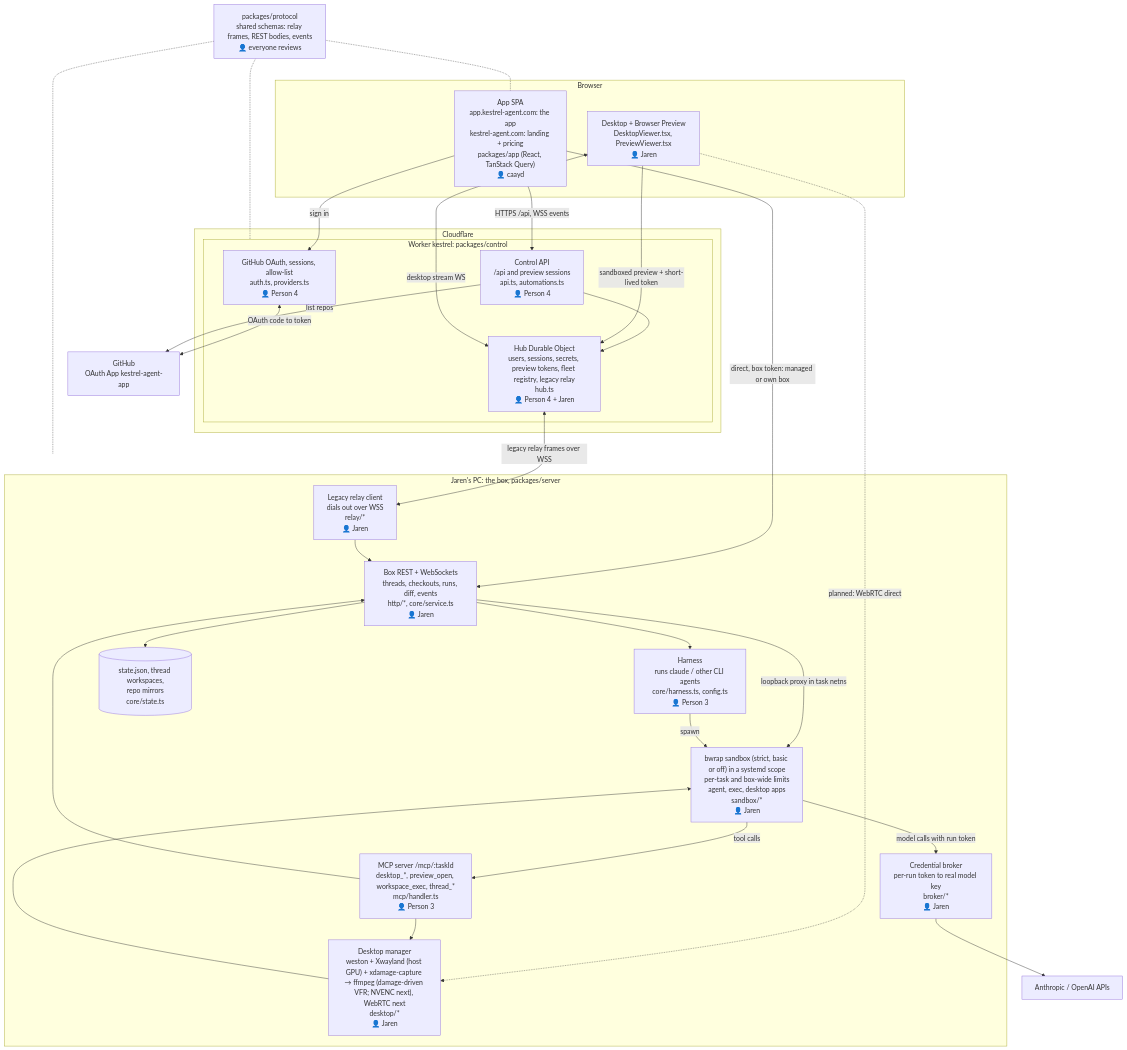
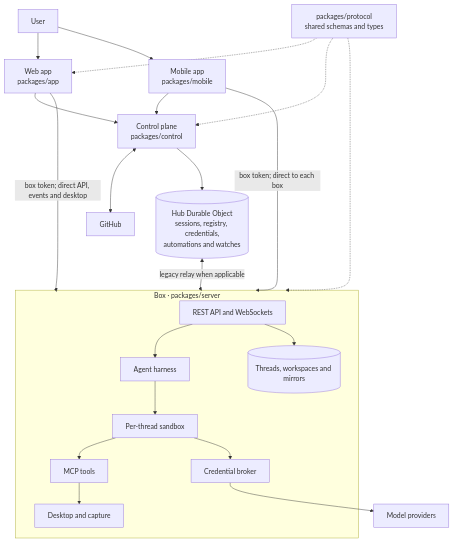
Before and after one commit to StinkyCat0/kestrel: the diagram in docs/architecture.md, drawn with Mermaid. The commit also changed other lines of this file and 2 other files, not shown here.

Commit message:
Make the architecture doc a product reference (#158)
* docs: make architecture a product reference

* Update architecture for merged box and Nest work

````diff
--- a/docs/architecture.md
+++ b/docs/architecture.md
@@ -5,57 +9,30 @@
 ```mermaid
 flowchart TB
-  subgraph Browser["Browser"]
-    APP["App SPA<br/>app.kestrel-agent.com: the app<br/>kestrel-agent.com: landing + pricing<br/>packages/app (React, TanStack Query)<br/>👤 caayd"]
-    VIEW["Desktop + Browser Preview<br/>DesktopViewer.tsx, PreviewViewer.tsx<br/>👤 Jaren"]
+  U["User"] --> WEB["Web app<br/>packages/app"]
+  U --> MOBILE["Mobile app<br/>packages/mobile"]
+  WEB --> CTRL["Control plane<br/>packages/control"]
+  MOBILE --> CTRL
+  CTRL <--> GH["GitHub"]
+  CTRL --> HUB[("Hub Durable Object<br/>sessions, registry, credentials,<br/>automations and watches")]
+  WEB -->|"box token; direct API, events and desktop"| BOX
+  MOBILE -->|"box token; direct to each box"| BOX
+  HUB <-->|"legacy relay when applicable"| BOX
+  subgraph BOX["Box · packages/server"]
+    API["REST API and WebSockets"]
+    HARNESS["Agent harness"]
+    SANDBOX["Per-thread sandbox"]
+    MCP["MCP tools"]
+    BROKER["Credential broker"]
+    DESKTOP["Desktop and capture"]
+    DATA[("Threads, workspaces and mirrors")]
+    API --> HARNESS --> SANDBOX
+    API --> DATA
+    SANDBOX --> MCP
+    SANDBOX --> BROKER
+    MCP --> DESKTOP
   end
-
-  subgraph CF["Cloudflare"]
-    subgraph CTRL["Worker kestrel: packages/control"]
-      AUTH["GitHub OAuth, sessions, allow-list<br/>auth.ts, providers.ts<br/>👤 Person 4"]
-      API["Control API<br/>/api and preview sessions<br/>api.ts, automations.ts<br/>👤 Person 4"]
-      HUB["Hub Durable Object<br/>users, sessions, secrets, preview tokens, fleet registry, legacy relay<br/>hub.ts<br/>👤 Person 4 + Jaren"]
-    end
-  end
-
-  GH["GitHub<br/>OAuth App kestrel-agent-app"]
-
-  subgraph PC["Jaren's PC: the box, packages/server"]
-    RELAY["Legacy relay client<br/>dials out over WSS<br/>relay/*<br/>👤 Jaren"]
-    REST["Box REST + WebSockets<br/>threads, checkouts, runs, diff, events<br/>http/*, core/service.ts<br/>👤 Jaren"]
-    HARN["Harness<br/>runs claude / other CLI agents<br/>core/harness.ts, config.ts<br/>👤 Person 3"]
-    MCP["MCP server /mcp/:taskId<br/>desktop_*, preview_open, workspace_exec, thread_*<br/>mcp/handler.ts<br/>👤 Person 3"]
-    BROKER["Credential broker<br/>per-run token to real model key<br/>broker/*<br/>👤 Jaren"]
-    SB["bwrap sandbox (strict, basic or off) in a systemd scope<br/>per-task and box-wide limits<br/>agent, exec, desktop apps<br/>sandbox/*<br/>👤 Jaren"]
-    DESK["Desktop manager<br/>weston + Xwayland (host GPU) + xdamage-capture → ffmpeg (damage-driven VFR; NVENC next), WebRTC next<br/>desktop/*<br/>👤 Jaren"]
-    STATE[("state.json, thread workspaces,<br/>repo mirrors<br/>core/state.ts")]
-  end
-
-  LLM["Anthropic / OpenAI APIs"]
-
-  APP -->|HTTPS /api, WSS events| API
-  APP -->|sign in| AUTH
-  AUTH <-->|OAuth code to token| GH
-  API -->|list repos| GH
-  API --> HUB
-  HUB <-->|legacy relay frames over WSS| RELAY
-  VIEW -->|sandboxed preview + short-lived token| HUB
-  VIEW <-->|desktop stream WS| HUB
-  APP -->|direct, box token: managed or own box| REST
-  VIEW -.->|planned: WebRTC direct| DESK
-  RELAY --> REST
-  REST -->|loopback proxy in task netns| SB
-  REST --> HARN
-  REST --> STATE
-  HARN -->|spawn| SB
-  SB -->|tool calls| MCP
-  SB -->|model calls with run token| BROKER
-  BROKER --> LLM
-  MCP --> DESK
-  MCP --> REST
-  DESK --> SB
-
-  PROTO["packages/protocol<br/>shared schemas: relay frames, REST bodies, events<br/>👤 everyone reviews"]
-  PROTO -.- APP
-  PROTO -.- CTRL
-  PROTO -.- PC
+  BROKER --> MODEL["Model providers"]
+  PROTOCOL["packages/protocol<br/>shared schemas and types"] -.-> WEB
+  PROTOCOL -.-> CTRL
+  PROTOCOL -.-> BOX
 ```
````
